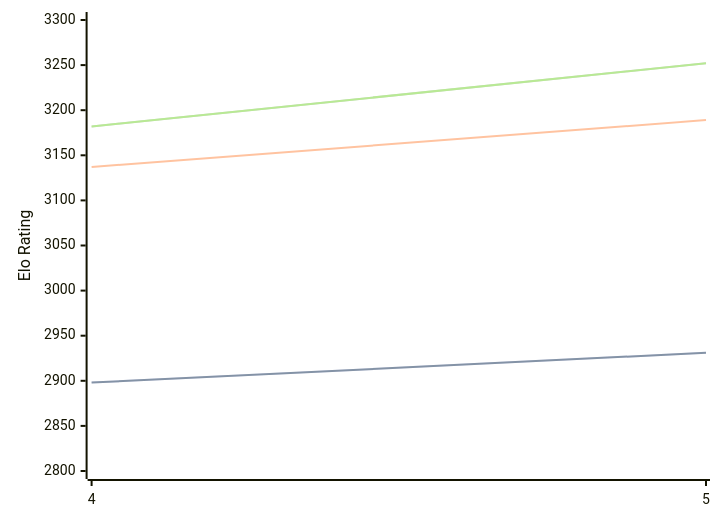
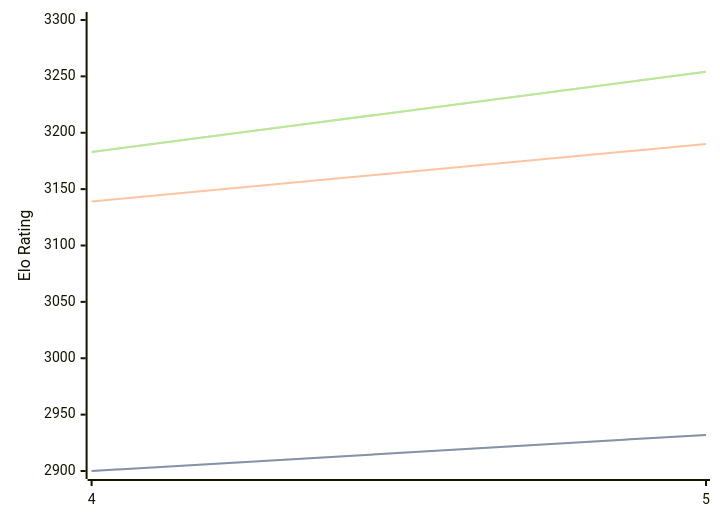
One commit to computer-chess-index/cci changed the diagram in engines/Cwtch.md. Above: the diagram before and after it, drawn with Mermaid. The commit also changed other lines of this file, not shown here.

Commit message:
Update CCI Ratings (ELO VLTC) - 2026-05-16

````diff
--- a/engines/Cwtch.md
+++ b/engines/Cwtch.md
@@ -34,11 +34,11 @@
 ```mermaid
 %%{init: {"theme":"base","themeVariables":{"seriesColors:['#a3a3a3','#222221','#faa371']}}}%%
 xychart-beta
   x-axis ["4", "5"]
-  y-axis "Elo Rating" 2800 --> 3300
-  line "STC (8.0+0.08s)" [2898, 2931]
-  line "STC (8.0+0.08s)" [2898, 2931]
-  line "LTC (60.0+0.60s)" [3137, 3189]
-  line "VLTC (2m24s+1.12s)" [3182, 3252]
-  line "VLTC (2m24s+1.12s)" [3182, 3252]
+  y-axis "Elo Rating" 2900 --> 3300
+  line "STC (8.0+0.08s)" [2900, 2932]
+  line "STC (8.0+0.08s)" [2900, 2932]
+  line "LTC (60.0+0.60s)" [3139, 3190]
+  line "VLTC (2m24s+1.12s)" [3183, 3254]
+  line "VLTC (2m24s+1.12s)" [3183, 3254]
 ```
````
